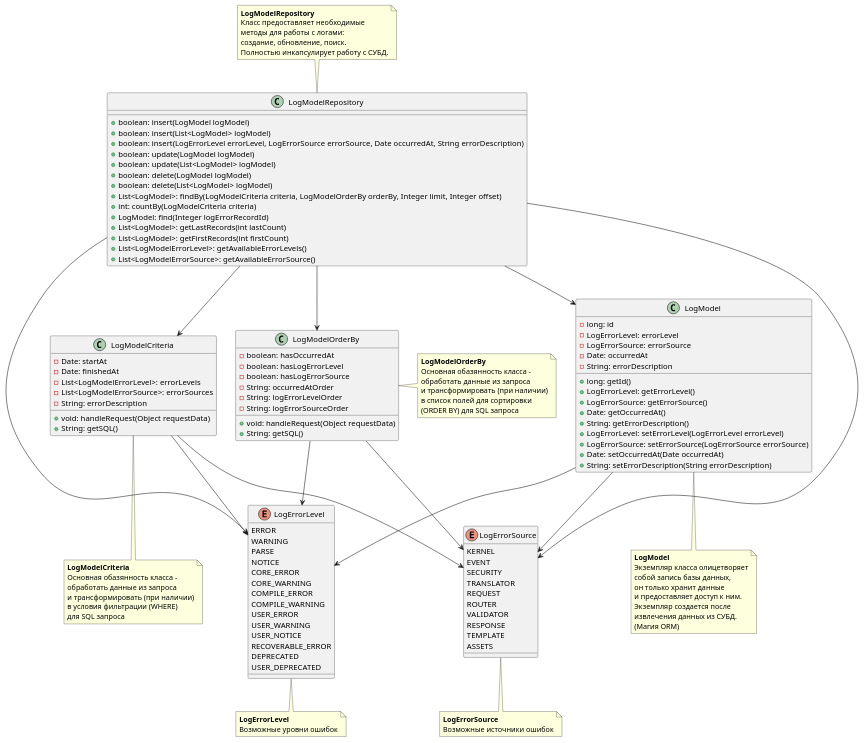
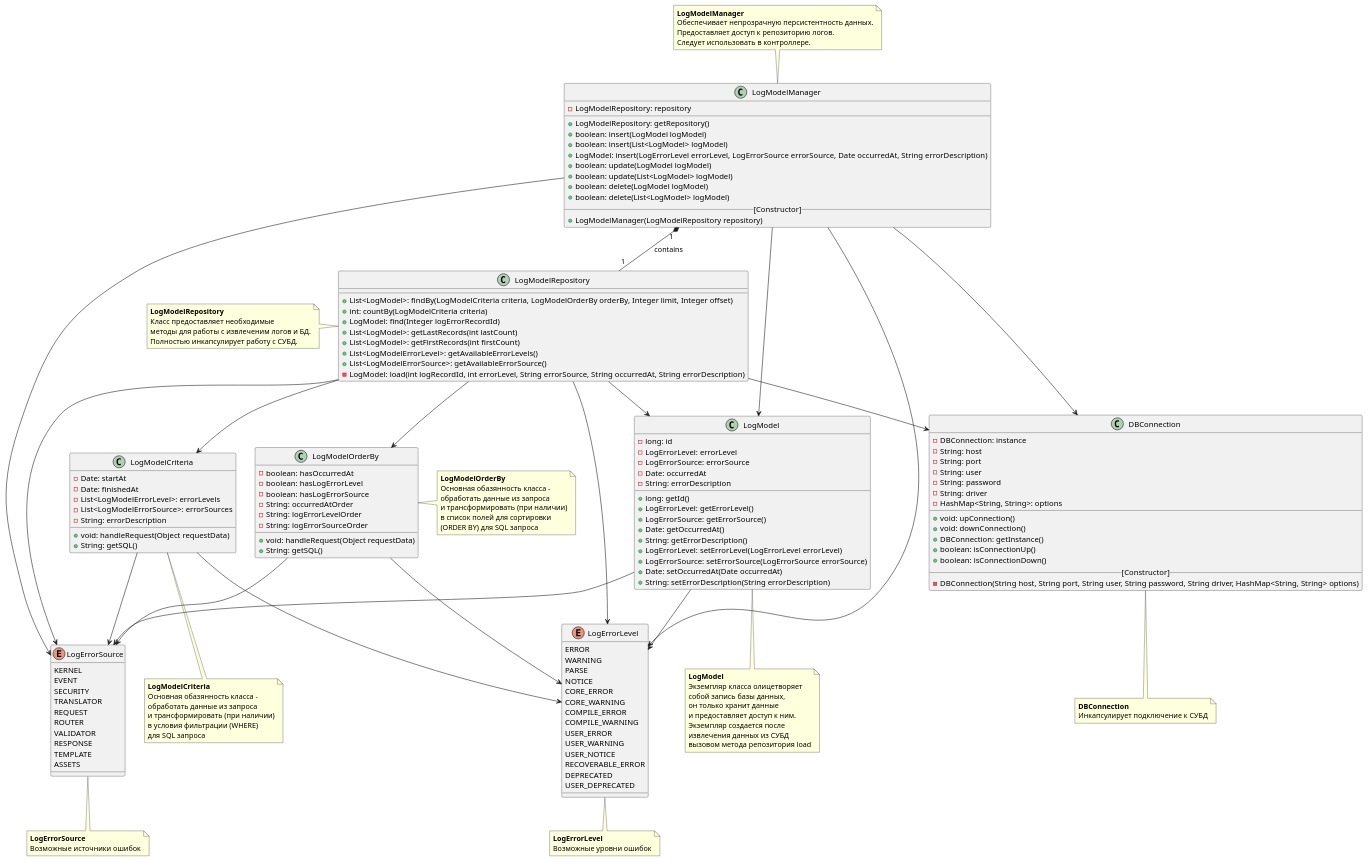
One commit to khasang-incubator/JavaWeb20160124-Team1 changed the diagram in schema.puml. Above: the diagram before and after it, drawn with PlantUML. The commit also changed 1 other file, not shown here.

Commit message:
added model manager class

```diff
--- a/schema.puml
+++ b/schema.puml
@@ -1,107 +1,146 @@
 @startuml
 
 enum LogErrorLevel {
     ERROR
     WARNING
     PARSE
     NOTICE
     CORE_ERROR
     CORE_WARNING
     COMPILE_ERROR
     COMPILE_WARNING
     USER_ERROR
     USER_WARNING
     USER_NOTICE
     RECOVERABLE_ERROR
     DEPRECATED
     USER_DEPRECATED
 }
 
 enum LogErrorSource {
     KERNEL
     EVENT
     SECURITY
     TRANSLATOR
     REQUEST
     ROUTER
     VALIDATOR
     RESPONSE
     TEMPLATE
     ASSETS
 }
 
 class LogModel {
     -long: id
     -LogErrorLevel: errorLevel
     -LogErrorSource: errorSource
     -Date: occurredAt
     -String: errorDescription
     +long: getId()
     +LogErrorLevel: getErrorLevel()
     +LogErrorSource: getErrorSource()
     +Date: getOccurredAt()
     +String: getErrorDescription()
     +LogErrorLevel: setErrorLevel(LogErrorLevel errorLevel)
     +LogErrorSource: setErrorSource(LogErrorSource errorSource)
     +Date: setOccurredAt(Date occurredAt)
     +String: setErrorDescription(String errorDescription)
 }
 
-class LogModelRepository {
+class LogModelManager {
+    -LogModelRepository: repository
+    ____
+    +LogModelRepository: getRepository()
     +boolean: insert(LogModel logModel)
     +boolean: insert(List<LogModel> logModel)
-    +boolean: insert(LogErrorLevel errorLevel, LogErrorSource errorSource, Date occurredAt, String errorDescription)
+    +LogModel: insert(LogErrorLevel errorLevel, LogErrorSource errorSource, Date occurredAt, String errorDescription)
     +boolean: update(LogModel logModel)
     +boolean: update(List<LogModel> logModel)
     +boolean: delete(LogModel logModel)
     +boolean: delete(List<LogModel> logModel)
+    __[Constructor]__
+    +LogModelManager(LogModelRepository repository)
+}
+
+class LogModelRepository {
     +List<LogModel>: findBy(LogModelCriteria criteria, LogModelOrderBy orderBy, Integer limit, Integer offset)
     +int: countBy(LogModelCriteria criteria)
     +LogModel: find(Integer logErrorRecordId)
     +List<LogModel>: getLastRecords(int lastCount)
     +List<LogModel>: getFirstRecords(int firstCount)
     +List<LogModelErrorLevel>: getAvailableErrorLevels()
     +List<LogModelErrorSource>: getAvailableErrorSource()
+    -LogModel: load(int logRecordId, int errorLevel, String errorSource, String occurredAt, String errorDescription)
+}
+
+class DBConnection {
+    -DBConnection: instance
+    -String: host
+    -String: port
+    -String: user
+    -String: password
+    -String: driver    
+    -HashMap<String, String>: options
+    ____
+    +void: upConnection()
+    +void: downConnection()
+    +DBConnection: getInstance()
+    +boolean: isConnectionUp()
+    +boolean: isConnectionDown()
+    __[Constructor]__
+    -DBConnection(String host, String port, String user, String password, String driver, HashMap<String, String> options)
 }
 
 class LogModelCriteria {
     -Date: startAt
     -Date: finishedAt
     -List<LogModelErrorLevel>: errorLevels
     -List<LogModelErrorSource>: errorSources
     -String: errorDescription
     +void: handleRequest(Object requestData)
     +String: getSQL()
 }
 
 class LogModelOrderBy {
     -boolean: hasOccurredAt
     -boolean: hasLogErrorLevel
     -boolean: hasLogErrorSource
     -String: occurredAtOrder
     -String: logErrorLevelOrder
     -String: logErrorSourceOrder
     +void: handleRequest(Object requestData)
     +String: getSQL()
 }
 
 LogModelRepository --> LogErrorLevel
 LogModelRepository --> LogErrorSource
 LogModelRepository --> LogModel
 LogModelRepository --> LogModelCriteria
 LogModelRepository --> LogModelOrderBy
+LogModelRepository --> DBConnection
+
 LogModel --> LogErrorLevel
 LogModel --> LogErrorSource
+
 LogModelCriteria --> LogErrorLevel
 LogModelCriteria --> LogErrorSource
+
 LogModelOrderBy --> LogErrorLevel
 LogModelOrderBy --> LogErrorSource
 
-note bottom of LogModel: <b>LogModel</b>\nЭкземпляр класса олицетворяет\nсобой запись базы данных,\nон только хранит данные\nи предоставляет доступ к ним.\nЭкземпляр создается после\nизвлечения данных из СУБД.\n(Магия ORM)
-note top of LogModelRepository: <b>LogModelRepository</b>\nКласс предоставляет необходимые\nметоды для работы с логами:\nсоздание, обновление, поиск.\nПолностью инкапсулирует работу с СУБД.
+LogModelManager --> LogErrorLevel
+LogModelManager --> LogErrorSource
+LogModelManager --> LogModel
+LogModelManager --> DBConnection
+LogModelManager "1" *-- "1" LogModelRepository : contains
+
+note bottom of LogModel: <b>LogModel</b>\nЭкземпляр класса олицетворяет\nсобой запись базы данных,\nон только хранит данные\nи предоставляет доступ к ним.\nЭкземпляр создается после\nизвлечения данных из СУБД\nвызовом метода репозитория load
+note left of LogModelRepository: <b>LogModelRepository</b>\nКласс предоставляет необходимые\nметоды для работы с извлеченим логов и БД.\nПолностью инкапсулирует работу с СУБД.
 note bottom of LogModelCriteria: <b>LogModelCriteria</b>\nОсновная обазянность класса -\nобработать данные из запроса\nи трансформировать (при наличии)\nв условия фильтрации (WHERE)\nдля SQL запроса
 note right of LogModelOrderBy: <b>LogModelOrderBy</b>\nОсновная обазянность класса -\nобработать данные из запроса\nи трансформировать (при наличии)\nв список полей для сортировки\n(ORDER BY) для SQL запроса
 note bottom of LogErrorLevel: <b>LogErrorLevel</b>\nВозможные уровни ошибок
 note bottom of LogErrorSource: <b>LogErrorSource</b>\nВозможные источники ошибок
+note top of LogModelManager: <b>LogModelManager</b>\nОбеспечивает непрозрачную персистентность данных.\nПредоставляет доступ к репозиторию логов.\nСледует использовать в контроллере.
+note bottom of DBConnection: <b>DBConnection</b>\nИнкапсулирует подключение к СУБД
 
 @enduml
```
